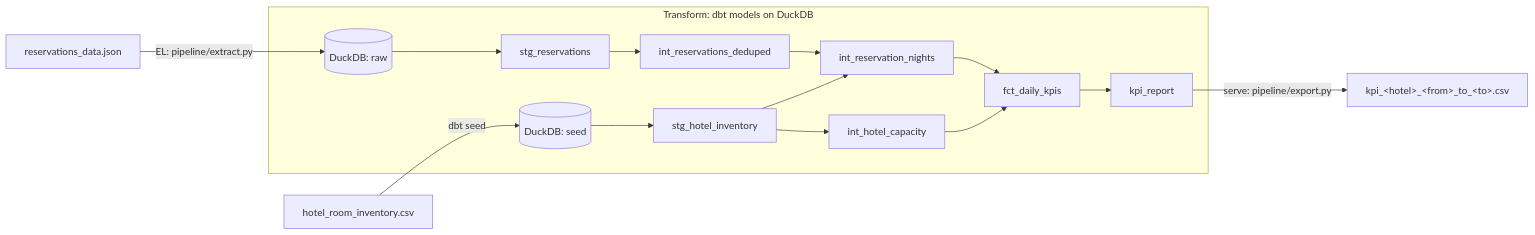
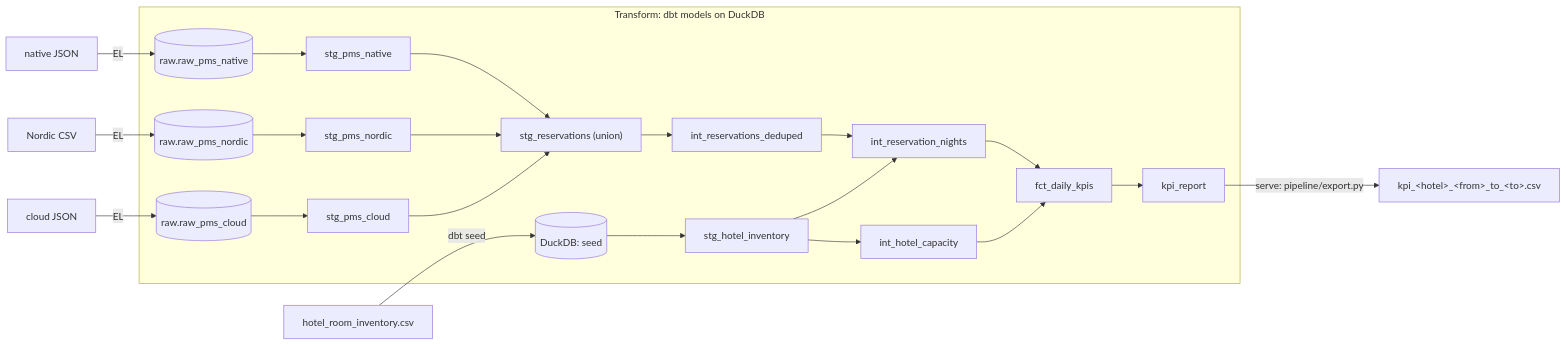
Before and after one commit to prasadus92/hotel-kpi-elt-pipeline: the diagram in README.md, drawn with Mermaid. The commit also changed other lines of this file and 8 other files, not shown here.

````diff
--- a/README.md
+++ b/README.md
@@ -93,19 +117,26 @@
 ```mermaid
 flowchart LR
-    A["reservations_data.json"] -->|"EL: pipeline/extract.py"| B[("DuckDB: raw")]
-    S["hotel_room_inventory.csv"] -->|"dbt seed"| C[("DuckDB: seed")]
+    A["native JSON"] -->|"EL"| RA[("raw.raw_pms_native")]
+    B["Nordic CSV"] -->|"EL"| RB[("raw.raw_pms_nordic")]
+    C["cloud JSON"] -->|"EL"| RC[("raw.raw_pms_cloud")]
+    S["hotel_room_inventory.csv"] -->|"dbt seed"| SD[("DuckDB: seed")]
 
     subgraph dbt["Transform: dbt models on DuckDB"]
-        B --> ST1["stg_reservations"]
-        C --> ST2["stg_hotel_inventory"]
+        RA --> AA["stg_pms_native"]
+        RB --> AB["stg_pms_nordic"]
+        RC --> AC["stg_pms_cloud"]
+        AA --> ST1["stg_reservations (union)"]
+        AB --> ST1
+        AC --> ST1
+        SD --> ST2["stg_hotel_inventory"]
         ST1 --> IN1["int_reservations_deduped"]
         IN1 --> IN2["int_reservation_nights"]
         ST2 --> IN2
         ST2 --> IN3["int_hotel_capacity"]
         IN2 --> M1["fct_daily_kpis"]
         IN3 --> M1
         M1 --> M2["kpi_report"]
     end
 
     M2 -->|"serve: pipeline/export.py"| OUT["kpi_&lt;hotel&gt;_&lt;from&gt;_to_&lt;to&gt;.csv"]
 ```
````
